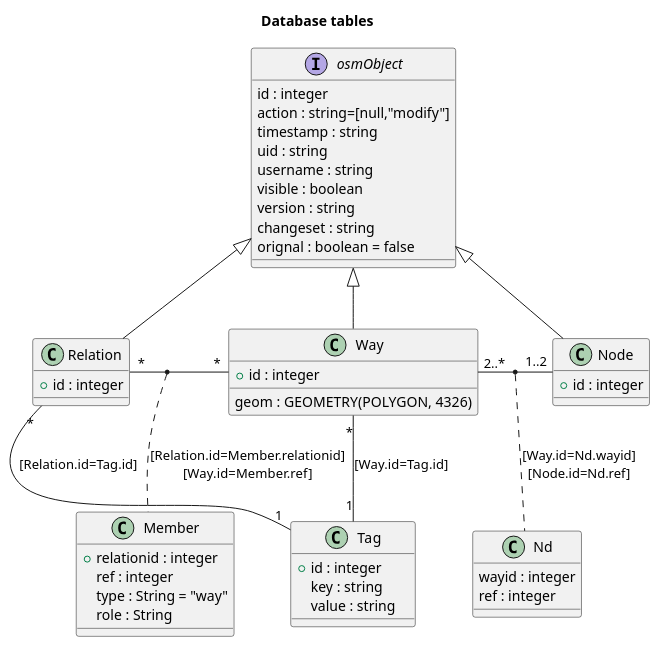
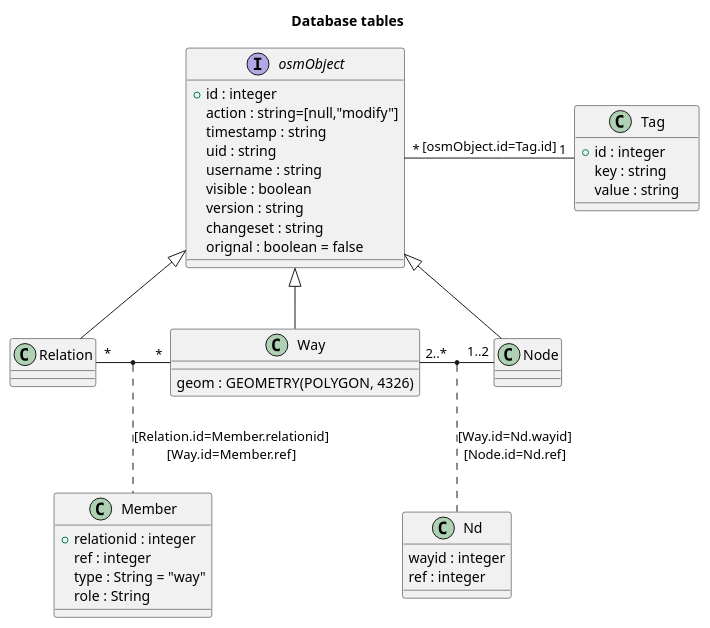
One commit to yuuhayashi/citygml-osm changed the diagram in doc/dbTables.pu. Above: the diagram before and after it, drawn with PlantUML. The commit also changed 8 other files, not shown here.

```diff
--- a/doc/dbTables.pu
+++ b/doc/dbTables.pu
@@ -1,59 +1,55 @@
 @startuml
 title Database tables
 
 interface osmObject {
- id : integer
+ +id : integer
  action : string=[null,"modify"]
  timestamp : string
  uid : string
  username : string
  visible : boolean
  version : string
  changeset : string
  orignal : boolean = false
 }
 
 class Relation {
- +id : integer
 }
 
 class Member {
  +relationid : integer
  ref : integer
  type : String = "way"
  role : String
 }
 
 class Way {
- +id : integer
  geom : GEOMETRY(POLYGON, 4326)
 }
 
 class Nd {
  wayid : integer
  ref : integer
 }
 
 class Node {
- +id : integer
 }
 
 class Tag {
  +id : integer
  key : string
  value : string　
 }
 
 osmObject <|-- Relation
 osmObject <|-- Way
 osmObject <|-- Node
+osmObject "*" - "1" Tag : [osmObject.id=Tag.id]
 
 Relation "*" - "*" Way
 (Relation, Way) .. Member : [Relation.id=Member.relationid]\n[Way.id=Member.ref] 
 
 Way "2..*" - "1..2" Node
 (Way, Node) .. Nd : [Way.id=Nd.wayid]\n[Node.id=Nd.ref]
 
-Relation "*" -- "1" Tag : [Relation.id=Tag.id]
-Way "*" -- "1" Tag : [Way.id=Tag.id]
 @enduml
```
